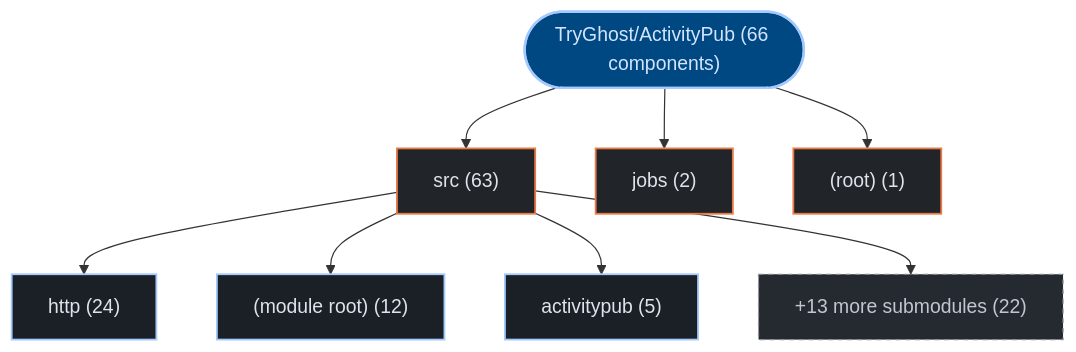
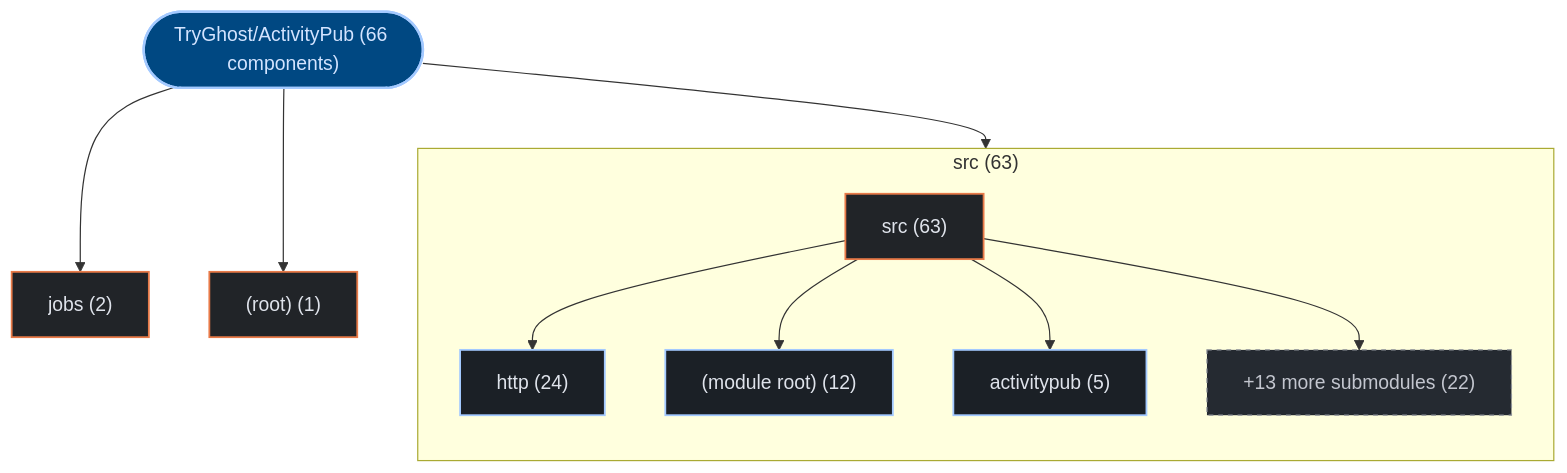
Before and after one commit to kumarshaz/atruss-code-atlas: the first of 3 diagrams in exports/latest/reports/TryGhost-ActivityPub-report.md, drawn with Mermaid. The commit also changed 178 other files, not shown here.

Commit message:
feat(ui,mermaid): upgrade to mermaid v12 + ELK layout, add orgs-summary + pagination, subgraph building blocks, fix tab alignment

````diff
--- a/exports/latest/reports/TryGhost-ActivityPub-report.md
+++ b/exports/latest/reports/TryGhost-ActivityPub-report.md
@@ -42,25 +42,28 @@
 ```mermaid
 graph TD;
   classDef atlasRoot fill:#004882,stroke:#a3c9ff,stroke-width:2px,color:#d3e4ff
   classDef atlasCategory fill:#212428,stroke:#E87A48,stroke-width:1.5px,color:#dfe3eb
   classDef atlasWorkflow fill:#1b2026,stroke:#a3c9ff,stroke-width:1.5px,color:#dfe3eb
   classDef atlasJob fill:#171c22,stroke:#8d9199,stroke-width:1px,color:#dfe3eb
   classDef atlasTarget fill:#005227,stroke:#8bd99b,stroke-width:1.5px,color:#a7f6b6
   classDef atlasAlert fill:#93000a,stroke:#ffb4ab,stroke-width:1.5px,color:#ffdad6
   classDef atlasMore fill:#252a31,stroke:#8d9199,stroke-dasharray:4 4,color:#c3c6cf
     repo_root(["TryGhost/ActivityPub (66 components)"]):::atlasRoot
-    dir_0_src["src (63)"]:::atlasCategory
+    subgraph sg_dir_0_src["src (63)"]
+      direction TB
+      dir_0_src["src (63)"]:::atlasCategory
+      sub_0_0_http["http (24)"]:::atlasWorkflow
+      dir_0_src --> sub_0_0_http
+      sub_0_1__module_root_["(module root) (12)"]:::atlasWorkflow
+      dir_0_src --> sub_0_1__module_root_
+      sub_0_2_activitypub["activitypub (5)"]:::atlasWorkflow
+      dir_0_src --> sub_0_2_activitypub
+      sub_0_more["+13 more submodules (22)"]:::atlasMore
+      dir_0_src --> sub_0_more
+    end
     repo_root --> dir_0_src
-    sub_0_0_http["http (24)"]:::atlasWorkflow
-    dir_0_src --> sub_0_0_http
-    sub_0_1__module_root_["(module root) (12)"]:::atlasWorkflow
-    dir_0_src --> sub_0_1__module_root_
-    sub_0_2_activitypub["activitypub (5)"]:::atlasWorkflow
-    dir_0_src --> sub_0_2_activitypub
-    sub_0_more["+13 more submodules (22)"]:::atlasMore
-    dir_0_src --> sub_0_more
     dir_1_jobs["jobs (2)"]:::atlasCategory
     repo_root --> dir_1_jobs
     dir_2__root_["(root) (1)"]:::atlasCategory
     repo_root --> dir_2__root_
 ```
````
